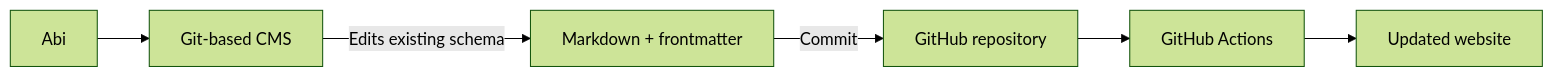
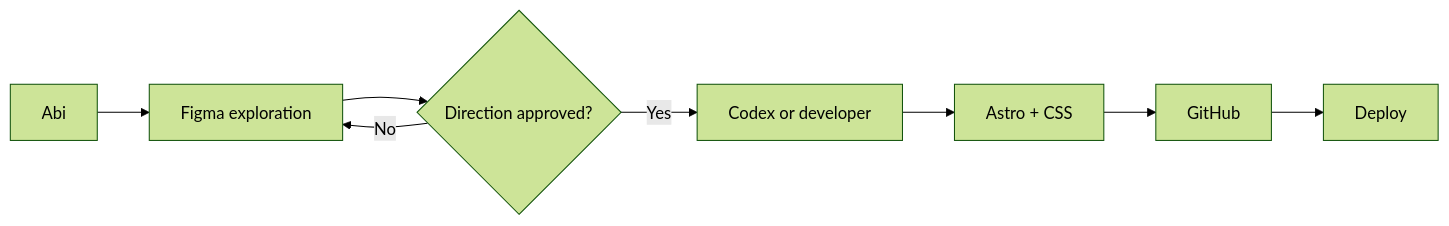
Before and after one commit to abicaride/abicaride.com: the fourth of 6 diagrams in docs/WORKFLOW.md, drawn with Mermaid (forest theme). The commit also changed other lines of this file and 10 other files, not shown here.

Commit message:
docs: document architecture and workflows

````diff
--- a/docs/WORKFLOW.md
+++ b/docs/WORKFLOW.md
@@ -218,8 +111,10 @@
 ```mermaid
 flowchart LR
-    ABI["Abi"] --> CMS["Git-based CMS"]
-    CMS -->|"Edits existing schema"| MD["Markdown + frontmatter"]
-    MD -->|"Commit"| REPO["GitHub repository"]
-    REPO --> ACTIONS["GitHub Actions"]
-    ACTIONS --> SITE["Updated website"]
+    ABI["Abi"] --> FIGMA["Figma exploration"]
+    FIGMA --> REVIEW{"Direction approved?"}
+    REVIEW -->|"No"| FIGMA
+    REVIEW -->|"Yes"| DEV["Codex or developer"]
+    DEV --> ASTRO["Astro + CSS"]
+    ASTRO --> GIT["GitHub"]
+    GIT --> SITE["Deploy"]
 ```
````
